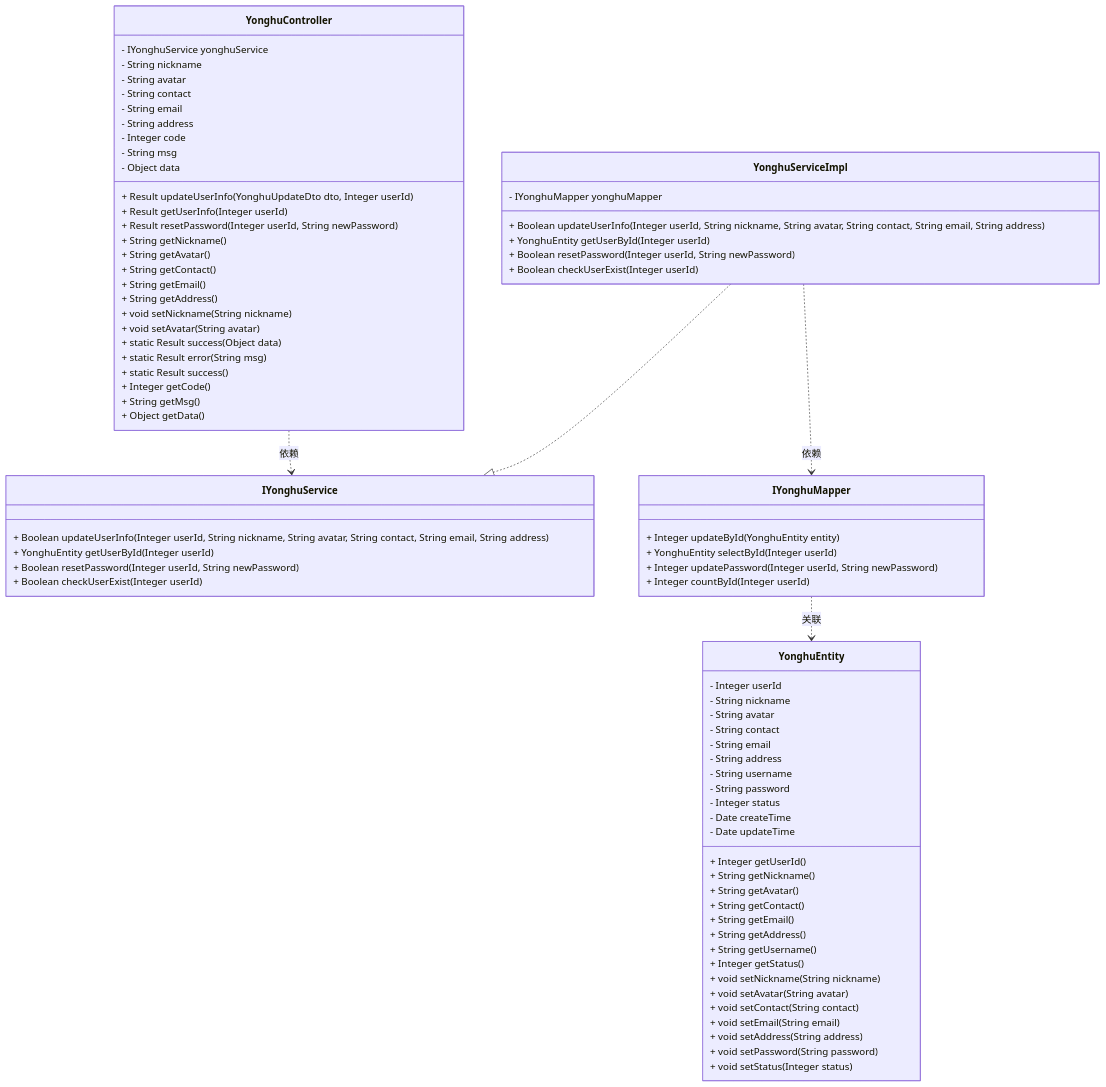
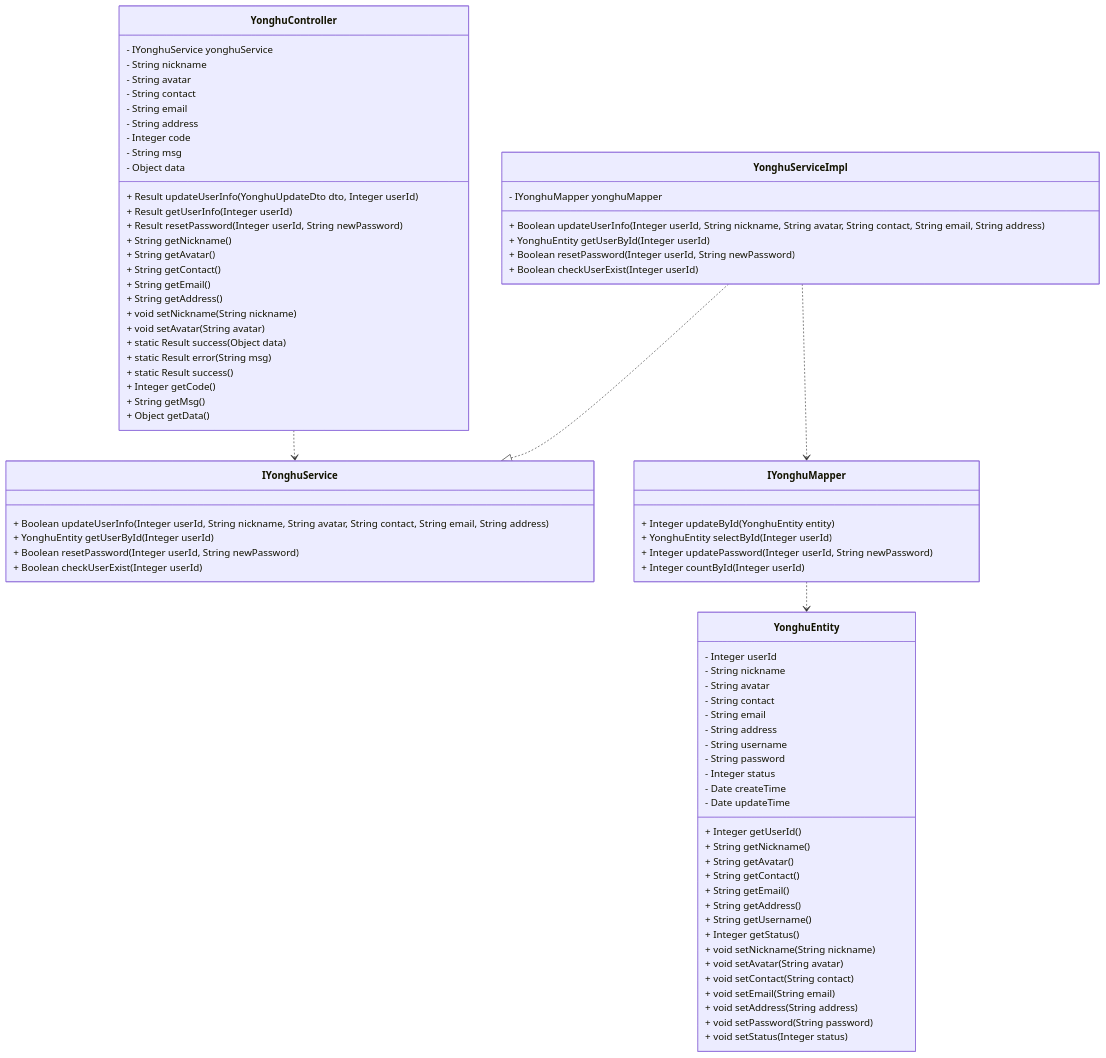
Before and after one commit to DEbalanceUX/iodraw-files: the diagram in all/未命名-6.md, drawn with Mermaid.

Commit message:
2025-12-26 03:50:16 update

````diff
--- a/all/未命名-6.md
+++ b/all/未命名-6.md
@@ -1,9 +1,9 @@
 ```mermaid
 classDiagram
     YonghuServiceImpl ..|> IYonghuService : 
-    YonghuController ..> IYonghuService : 依赖
-    YonghuServiceImpl ..> IYonghuMapper : 依赖
-    IYonghuMapper ..> YonghuEntity : 关联
+    YonghuController ..> IYonghuService : 
+    YonghuServiceImpl ..> IYonghuMapper : 
+    IYonghuMapper ..> YonghuEntity : 
 
     class YonghuController {
         - IYonghuService yonghuService
````
